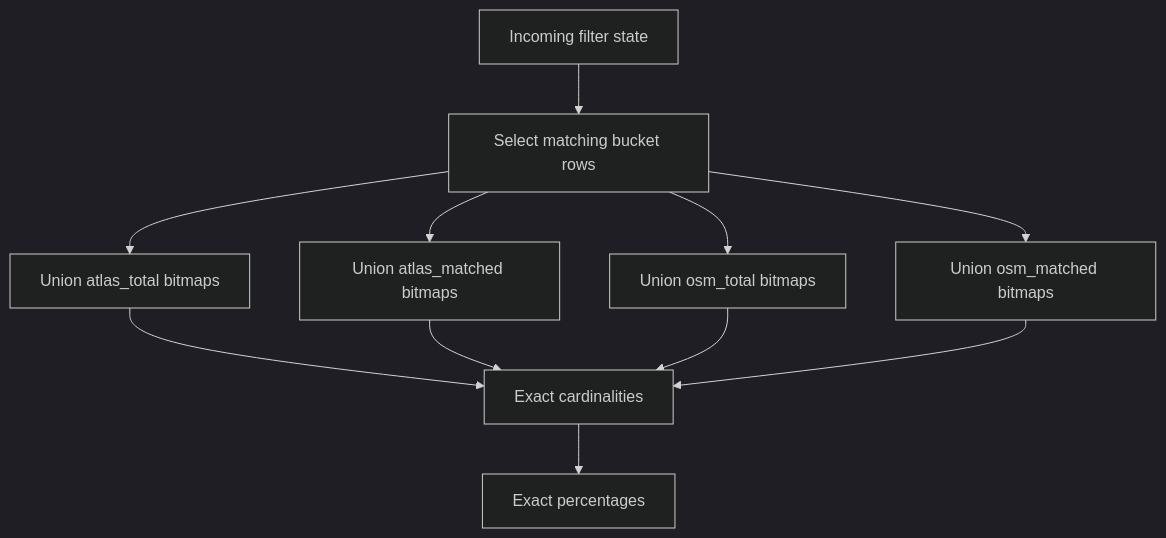
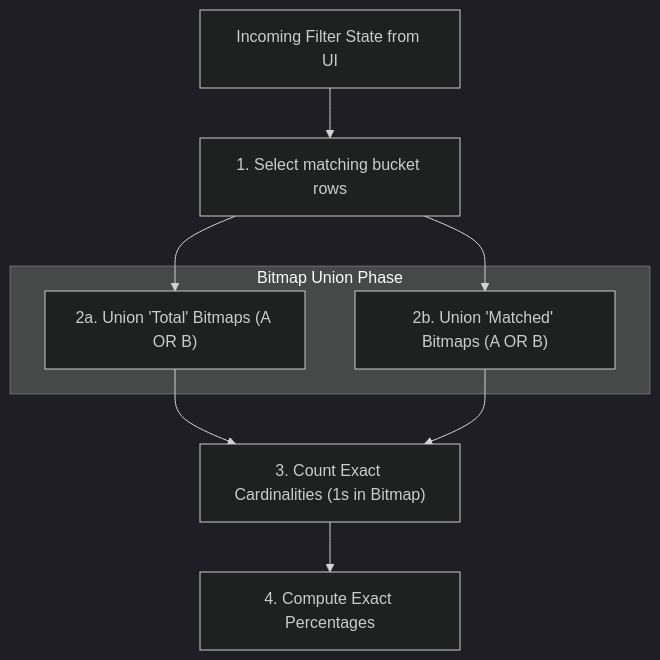
The fourth of 4 diagrams in documentation/6.4.1 Global Stats precomputed approach.md (openTdataCH/stop_sync_osm_atlas), drawn with Mermaid (dark theme) before and after one commit. The commit also changed other lines of this file and 14 other files, not shown here.

````diff
--- a/documentation/6.4.1 Global Stats precomputed approach.md
+++ b/documentation/6.4.1 Global Stats precomputed approach.md
@@ -269,18 +261,20 @@
 ```mermaid
 flowchart TD
-	F[Incoming filter state]
-	S[Select matching bucket rows]
-	U1[Union atlas_total bitmaps]
-	U2[Union atlas_matched bitmaps]
-	U3[Union osm_total bitmaps]
-	U4[Union osm_matched bitmaps]
-	C[Exact cardinalities]
-	P[Exact percentages]
+    F[Incoming Filter State from UI]
+    S["1. Select matching bucket rows"]
+    
+    subgraph Bitmap Union Phase
+    U1["2a. Union 'Total' Bitmaps (A OR B)"]
+    U2["2b. Union 'Matched' Bitmaps (A OR B)"]
+    end
+    
+    C["3. Count Exact Cardinalities (1s in Bitmap)"]
+    P["4. Compute Exact Percentages"]
 
-	F --> S
-	S --> U1 --> C
-	S --> U2 --> C
-	S --> U3 --> C
-	S --> U4 --> C
-	C --> P
+    F --> S
+    S --> U1
+    S --> U2
+    U1 --> C
+    U2 --> C
+    C --> P
 ```
````
